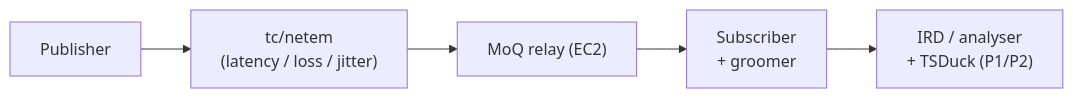
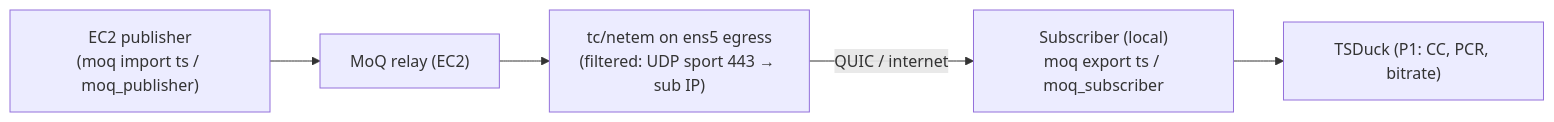
Before and after one commit to tdrapier-wbd/moq-mpegts-paper: the sixth of 8 diagrams in docs/test-plan.md, drawn with Mermaid. The commit also changed other lines of this file and 2 other files, not shown here.

````diff
--- a/docs/test-plan.md
+++ b/docs/test-plan.md
@@ -968,4 +976,7 @@
 ```mermaid
 flowchart LR
-    PUB["Publisher"] --> NETEM["tc/netem\n(latency / loss / jitter)"] --> RELAY["MoQ relay (EC2)"] --> SUB["Subscriber\n+ groomer"] --> IRD["IRD / analyser\n+ TSDuck (P1/P2)"]
+    PUB["EC2 publisher\n(moq import ts / moq_publisher)"] --> RELAY["MoQ relay (EC2)"]
+    RELAY --> NETEM["tc/netem on ens5 egress\n(filtered: UDP sport 443 → sub IP)"]
+    NETEM -->|QUIC / internet| SUB["Subscriber (local)\nmoq export ts / moq_subscriber"]
+    SUB --> TSD["TSDuck (P1: CC, PCR, bitrate)"]
 ```
````
